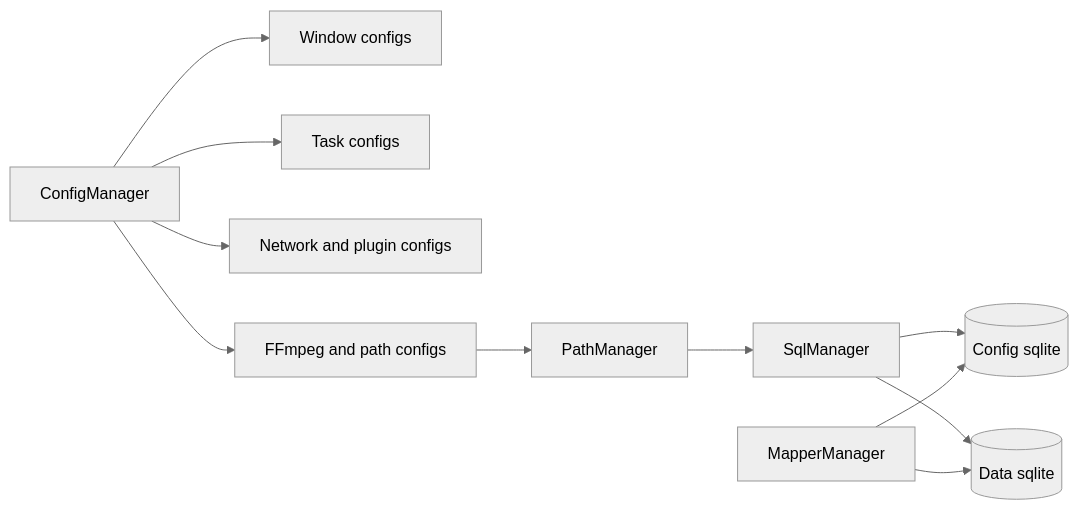
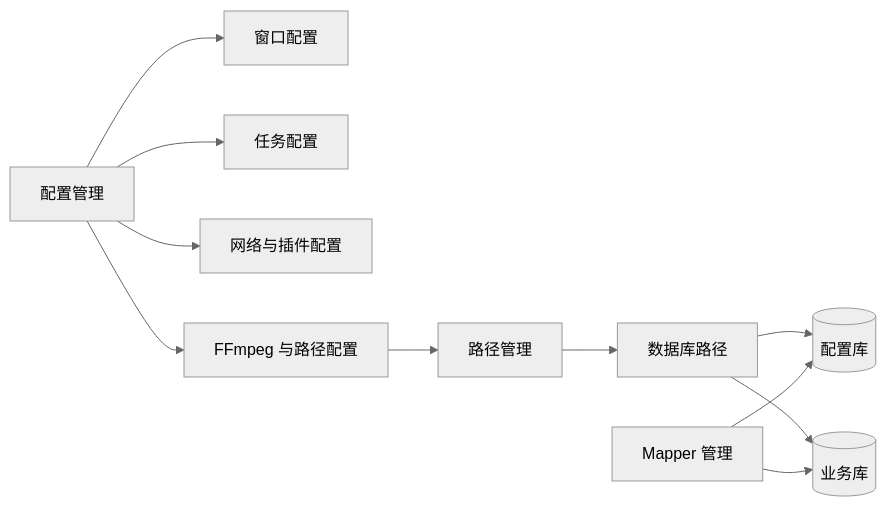
The diagram in doc/assets/diagrams/config-persistence.mmd (spartawhy117/Jvedio), drawn with Mermaid (neutral theme) before and after one commit. The commit also changed 27 other files, not shown here.

```diff
--- a/doc/assets/diagrams/config-persistence.mmd
+++ b/doc/assets/diagrams/config-persistence.mmd
@@ -1,11 +1,11 @@
 flowchart LR
-    A[ConfigManager] --> B[Window configs]
-    A --> C[Task configs]
-    A --> D[Network and plugin configs]
-    A --> E[FFmpeg and path configs]
-    E --> F[PathManager]
-    F --> G[SqlManager]
-    G --> H[(Config sqlite)]
-    G --> I[(Data sqlite)]
-    J[MapperManager] --> I
+    A[配置管理] --> B[窗口配置]
+    A --> C[任务配置]
+    A --> D[网络与插件配置]
+    A --> E[FFmpeg 与路径配置]
+    E --> F[路径管理]
+    F --> G[数据库路径]
+    G --> H[(配置库)]
+    G --> I[(业务库)]
+    J[Mapper 管理] --> I
     J --> H
```
